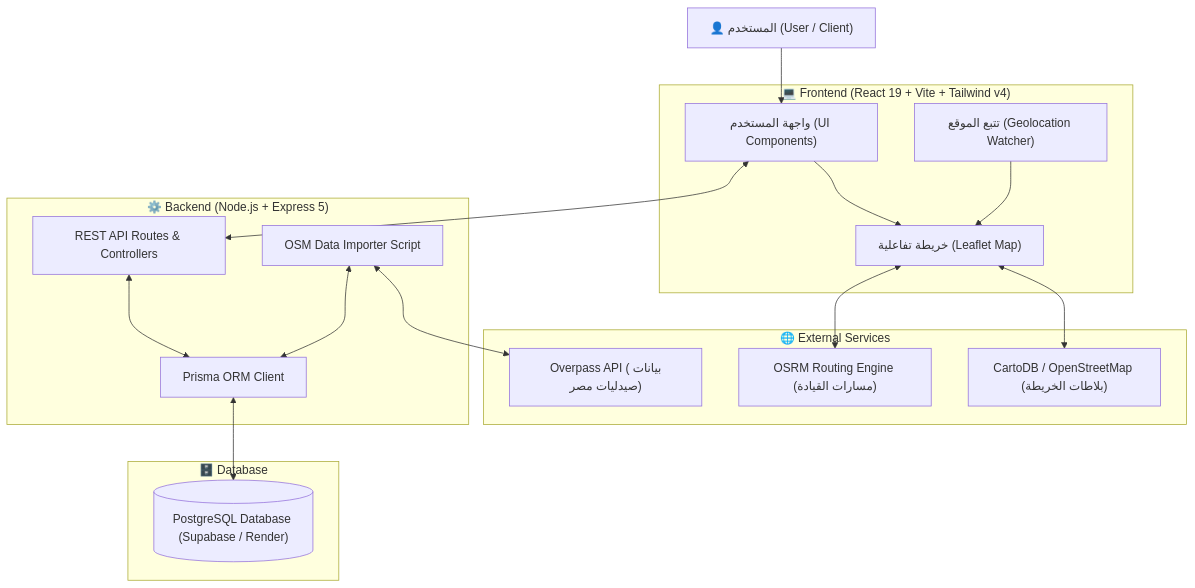
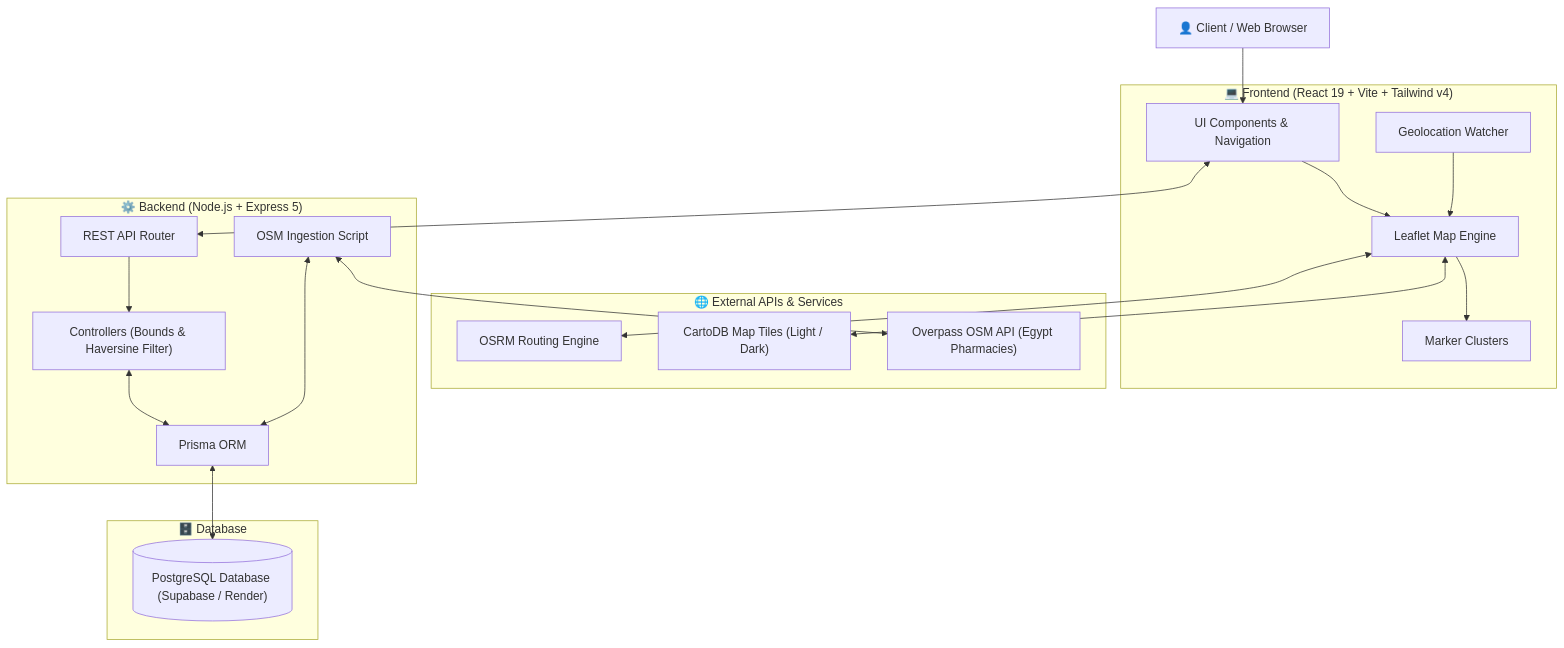
The diagram in README.md (Ahmedelfky23/PharmaMap), drawn with Mermaid before and after one commit. The commit also changed other lines of this file, not shown here.

````diff
--- a/README.md
+++ b/README.md
@@ -105,37 +108,41 @@
 ```mermaid
 flowchart TD
-    User["👤 المستخدم (User / Client)"]
-    
+    User["👤 Client / Web Browser"]
+
     subgraph Frontend ["💻 Frontend (React 19 + Vite + Tailwind v4)"]
-        UI["واجهة المستخدم (UI Components)"]
-        Map["خريطة تفاعلية (Leaflet Map)"]
-        GPS["تتبع الموقع (Geolocation Watcher)"]
+        UI["UI Components & Navigation"]
+        Map["Leaflet Map Engine"]
+        Clusters["Marker Clusters"]
+        Geo["Geolocation Watcher"]
     end
-    
-    subgraph External ["🌐 External Services"]
-        OSRM["OSRM Routing Engine (مسارات القيادة)"]
-        Tiles["CartoDB / OpenStreetMap (بلاطات الخريطة)"]
-        Overpass["Overpass API (بيانات صيدليات مصر)"]
+
+    subgraph External ["🌐 External APIs & Services"]
+        OSRM["OSRM Routing Engine"]
+        Tiles["CartoDB Map Tiles (Light / Dark)"]
+        Overpass["Overpass OSM API (Egypt Pharmacies)"]
     end
-    
+
     subgraph Backend ["⚙️ Backend (Node.js + Express 5)"]
-        API["REST API Routes & Controllers"]
-        Importer["OSM Data Importer Script"]
-        Prisma["Prisma ORM Client"]
+        API["REST API Router"]
+        Controllers["Controllers (Bounds & Haversine Filter)"]
+        Importer["OSM Ingestion Script"]
+        Prisma["Prisma ORM"]
     end
-    
+
     subgraph Database ["🗄️ Database"]
         Postgres[("PostgreSQL Database (Supabase / Render)")]
     end
 
     User --> UI
     UI --> Map
-    GPS --> Map
+    Geo --> Map
     Map <--> Tiles
     Map <--> OSRM
+    Map --> Clusters
     UI <--> API
-    API <--> Prisma
+    API --> Controllers
+    Controllers <--> Prisma
     Prisma <--> Postgres
     Importer <--> Overpass
     Importer <--> Prisma
 ```
````
